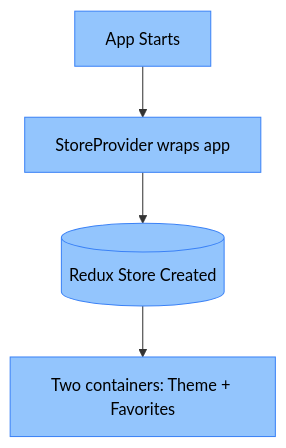
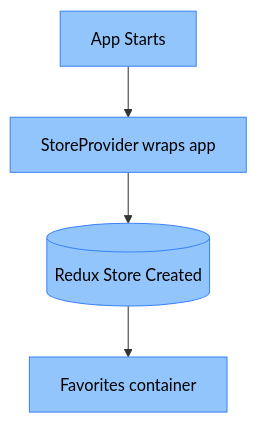
Before and after one commit to ejtx16/game2ez: the second of 2 diagrams in redux-architecture.md, drawn with Mermaid. The commit also changed other lines of this file and 37 other files, not shown here.

````diff
--- a/redux-architecture.md
+++ b/redux-architecture.md
@@ -51,14 +51,14 @@
 ```mermaid
 flowchart TB
     App[App Starts]
     Provider[StoreProvider wraps app]
     Store[(Redux Store Created)]
-    Slices[Two containers: Theme + Favorites]
+    Slices[Favorites container]
 
     App --> Provider
     Provider --> Store
     Store --> Slices
 
     classDef setupStyle fill:#93c5fd,stroke:#3b82f6,color:#000
     class App,Provider,Store,Slices setupStyle
 ```
````
